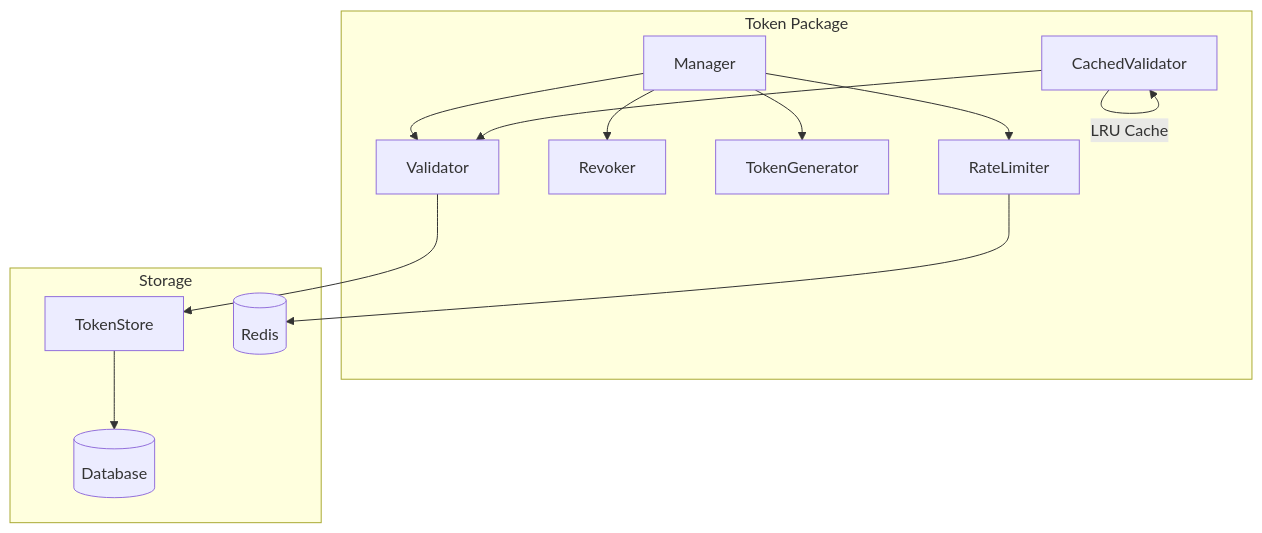
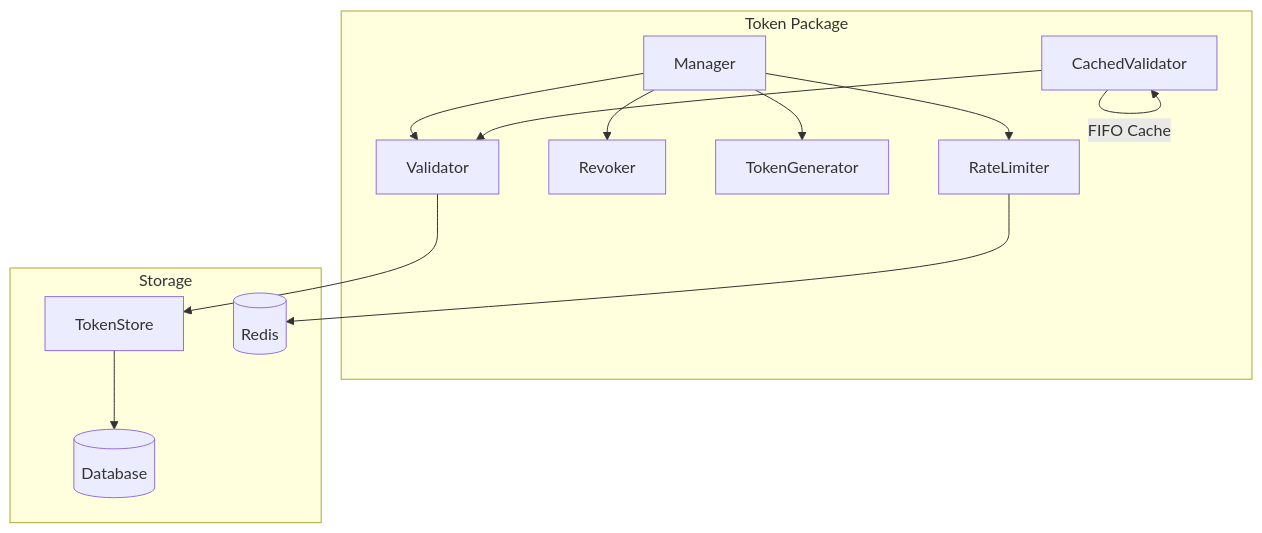
The first of 4 diagrams in internal/token/README.md (sofatutor/llm-proxy), drawn with Mermaid before and after one commit. The commit also changed other lines of this file and 2 other files, not shown here.

Commit message:
Address review comments: fix factual accuracy issues
- Fix token/README.md: LRU → FIFO cache (matches actual implementation)
- Fix database/README.md: Correct migration file names
- Fix database/README.md: Use full path for migrations README reference
- Fix server/README.md: RequestTimeout default 120s → 30s

````diff
--- a/internal/token/README.md
+++ b/internal/token/README.md
@@ -16,27 +16,27 @@
 ```mermaid
 graph TB
     subgraph Token["Token Package"]
         M[Manager]
         V[Validator]
         CV[CachedValidator]
         R[Revoker]
         G[TokenGenerator]
         RL[RateLimiter]
     end
     
     subgraph Storage
         TS[TokenStore]
         DB[(Database)]
         Redis[(Redis)]
     end
     
     M --> V
     M --> R
     M --> G
     M --> RL
     V --> TS
     CV --> V
-    CV --> |LRU Cache| CV
+    CV --> |FIFO Cache| CV
     TS --> DB
     RL --> Redis
 ```
````
